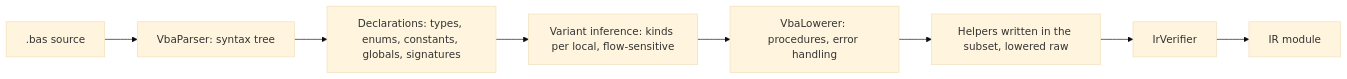
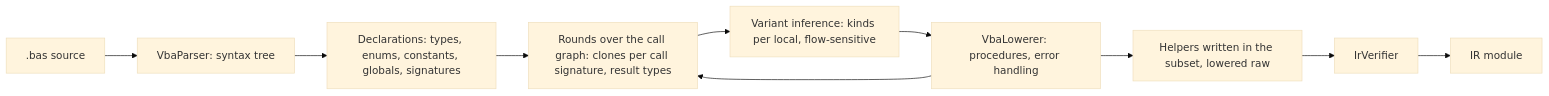
One commit to Hawkynt/Polypiler changed the diagram in docs/architecture/VISUALBASIC-FRONTEND.md. Above: the diagram before and after it, drawn with Mermaid (base theme). The commit also changed other lines of this file and 94 other files, not shown here.

First line of the commit message:
+ visualbasic: inference across the module, locale, Currency and Date, bitwise Variants and Variant arrays (4 issues) (#1572)

````diff
--- a/docs/architecture/VISUALBASIC-FRONTEND.md
+++ b/docs/architecture/VISUALBASIC-FRONTEND.md
@@ -16,10 +22,12 @@
 ```mermaid
 flowchart LR
   S[.bas source] --> P[VbaParser: syntax tree]
   P --> D[Declarations: types, enums, constants, globals, signatures]
-  D --> I[Variant inference: kinds per local, flow-sensitive]
+  D --> R[Rounds over the call graph: clones per call signature, result types]
+  R --> I[Variant inference: kinds per local, flow-sensitive]
   I --> L[VbaLowerer: procedures, error handling]
+  L --> R
   L --> H[Helpers written in the subset, lowered raw]
   H --> V[IrVerifier]
   V --> M[IR module]
 ```
````
